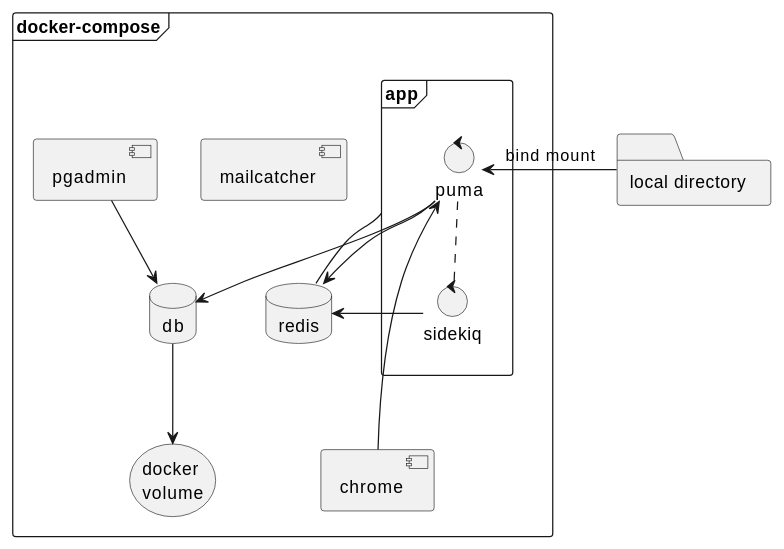
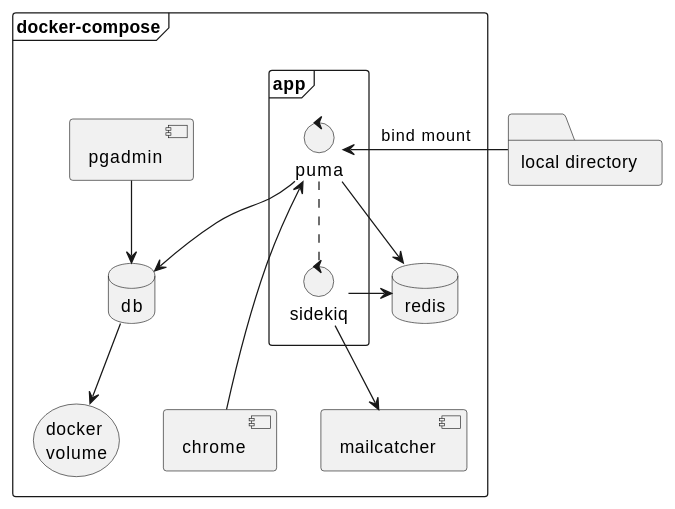
Before and after one commit to rolfkleef/rolfkleef.github.io: the diagram in docs/software_development/modules/docker/pages/ruby.adoc, drawn with PlantUML. The commit also changed other lines of this file, not shown here.

```diff
--- a/docs/software_development/modules/docker/pages/ruby.adoc
+++ b/docs/software_development/modules/docker/pages/ruby.adoc
@@ -24,27 +26,27 @@
 [plantuml]
 ----
 frame docker-compose {
   frame app {
     control puma
     control sidekiq
     puma .. sidekiq
   }
   component mailcatcher
   component pgadmin
   component chrome
   database redis
   database db
   storage pgdata as "docker\nvolume"
 
   puma --> db
-  app -- redis
+  sidekiq --> mailcatcher
   puma --> redis
   redis <- sidekiq
   puma <--- chrome
   pgadmin --> db
   db --> pgdata
 }
 
 folder local as "local directory"
 puma <- local: bind mount
 ----
```
